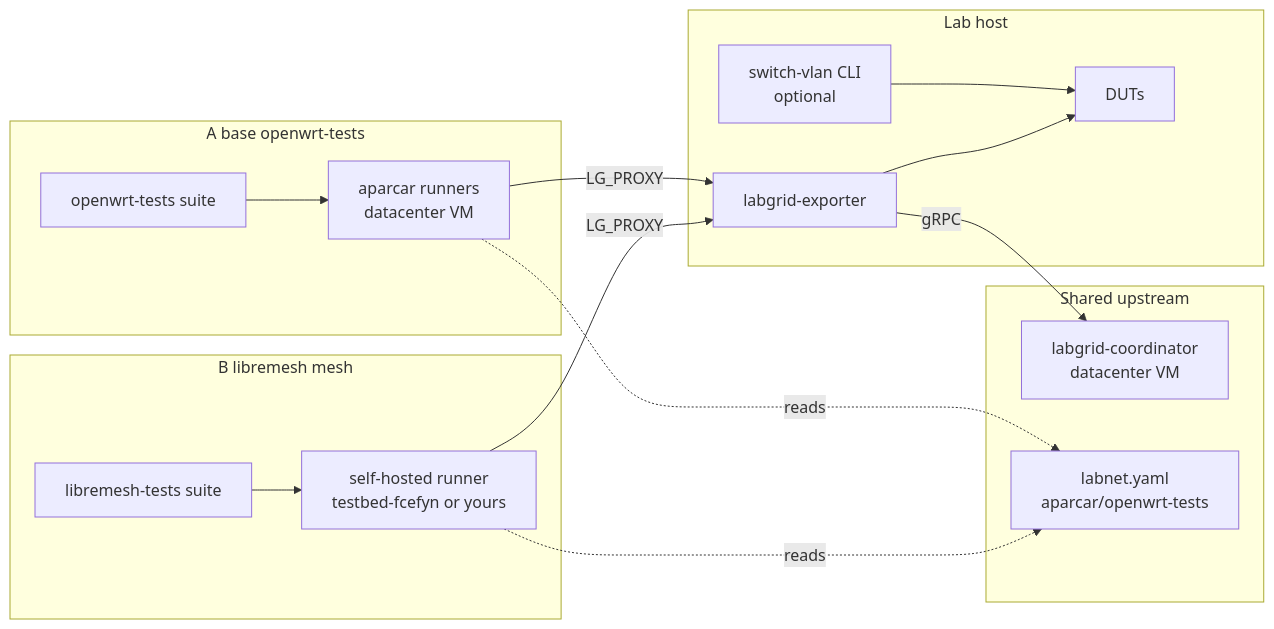
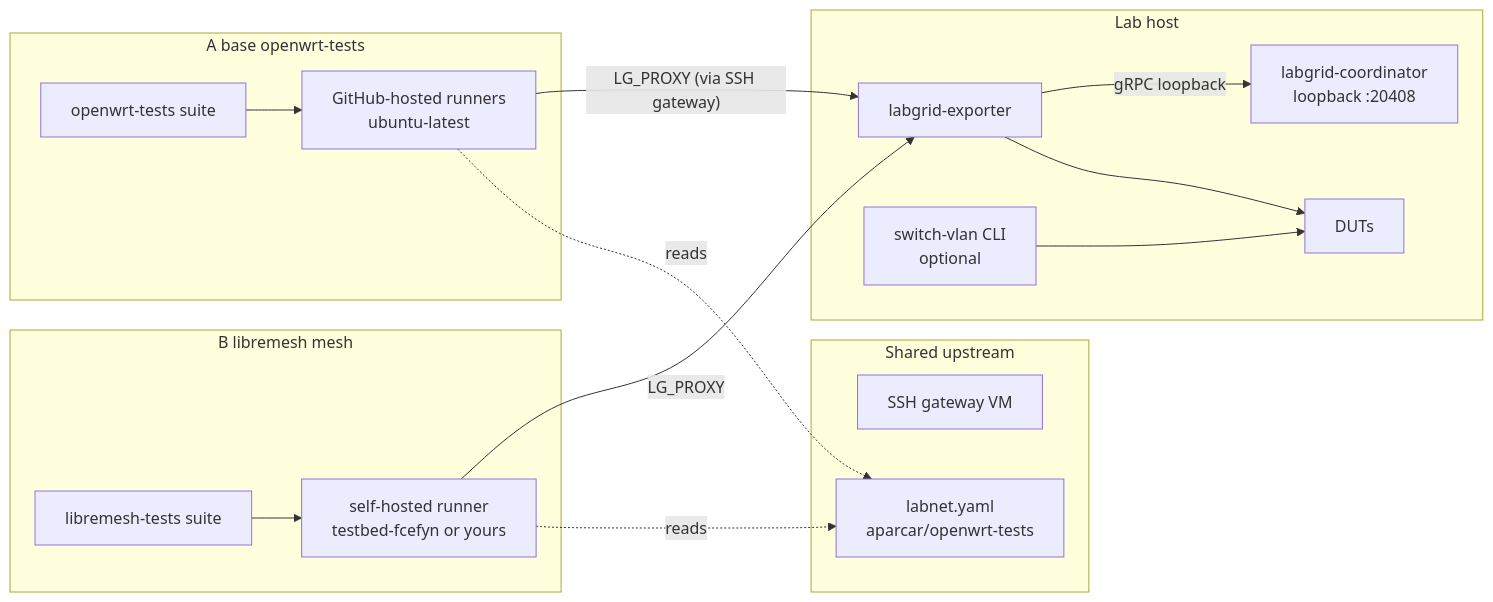
The diagram in docs/diseno/new-lab-contribution.md (ccasanueva7/fcefyn_testbed_utils), drawn with Mermaid before and after one commit. The commit also changed other lines of this file and 9 other files, not shown here.

````diff
--- a/docs/diseno/new-lab-contribution.md
+++ b/docs/diseno/new-lab-contribution.md
@@ -18,33 +18,34 @@
 ```mermaid
 flowchart LR
   subgraph shared [Shared upstream]
-    coord[labgrid-coordinator<br/>datacenter VM]
+    sshgw[SSH gateway VM]
     labnet[labnet.yaml<br/>aparcar/openwrt-tests]
   end
 
   subgraph labHost [Lab host]
+    coord[labgrid-coordinator<br/>loopback :20408]
     exporter[labgrid-exporter]
     switchVlan[switch-vlan CLI<br/>optional]
     duts[DUTs]
   end
 
   subgraph scenarioA [A  base openwrt-tests]
-    runnerA[aparcar runners<br/>datacenter VM]
+    runnerA[GitHub-hosted runners<br/>ubuntu-latest]
     suiteA[openwrt-tests suite]
   end
 
   subgraph scenarioB [B  libremesh mesh]
     runnerB[self-hosted runner<br/>testbed-fcefyn or yours]
     suiteB[libremesh-tests suite]
   end
 
-  exporter -->|gRPC| coord
-  runnerA -->|LG_PROXY| exporter
+  exporter -->|gRPC loopback| coord
+  runnerA -->|"LG_PROXY (via SSH gateway)"| exporter
   runnerB -->|LG_PROXY| exporter
   suiteA --> runnerA
   suiteB --> runnerB
   runnerA -.->|reads| labnet
   runnerB -.->|reads| labnet
   switchVlan --> duts
   exporter --> duts
 ```
````
